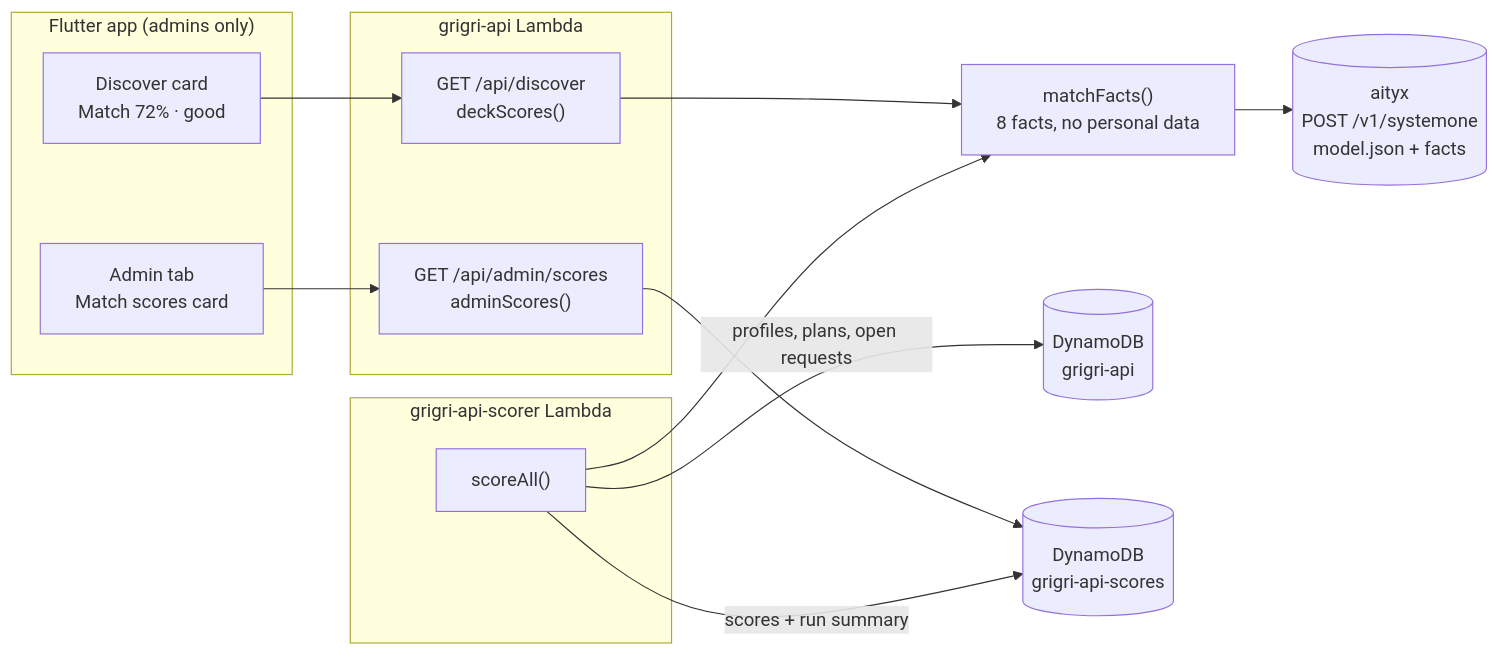
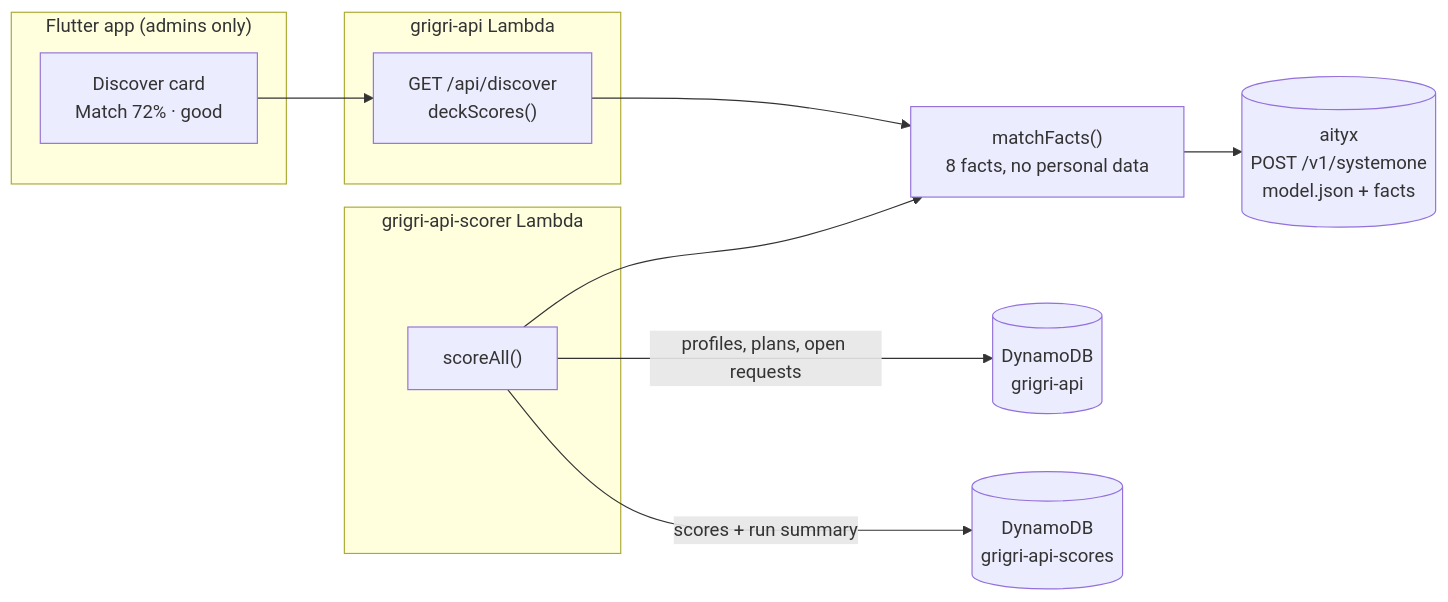
The diagram in docs/match-scores.md (prodbytes/grigri), drawn with Mermaid before and after one commit. The commit also changed other lines of this file and 45 other files, not shown here.

First line of the commit message:
Admin tab starts over: a list of everyone, to block or unblock

````diff
--- a/docs/match-scores.md
+++ b/docs/match-scores.md
@@ -11,24 +11,21 @@
 ```mermaid
 flowchart LR
   subgraph App["Flutter app (admins only)"]
     Deck["Discover card<br/>Match 72% · good"]
-    Admin["Admin tab<br/>Match scores card"]
   end
   subgraph API["grigri-api Lambda"]
     Discover["GET /api/discover<br/>deckScores()"]
-    Preview["GET /api/admin/scores<br/>adminScores()"]
   end
   subgraph Scorer["grigri-api-scorer Lambda"]
     Run["scoreAll()"]
   end
   Facts["matchFacts()<br/>8 facts, no personal data"]
   Aityx[("aityx<br/>POST /v1/systemone<br/>model.json + facts")]
   Table[("DynamoDB<br/>grigri-api")]
   Scores[("DynamoDB<br/>grigri-api-scores")]
 
   Deck --> Discover --> Facts --> Aityx
-  Admin --> Preview --> Scores
   Run --> Facts
   Run -- profiles, plans, open requests --> Table
   Run -- scores + run summary --> Scores
 ```
````
